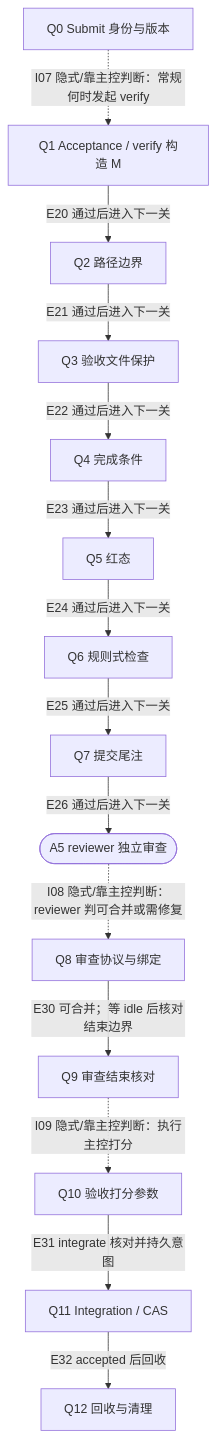
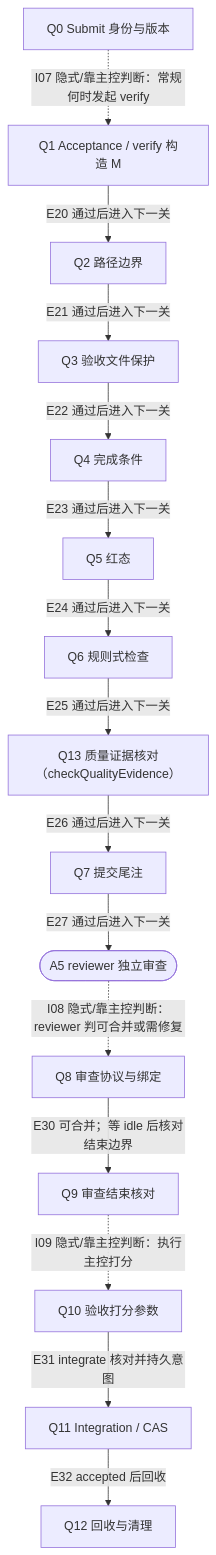
Before and after one commit to a1024053774/Enchanted: the second of 3 diagrams in findings/ticket-gates-graph-2026-10-16.zh-CN.md, drawn with Mermaid. The commit also changed other lines of this file and 10 other files, not shown here.

````diff
--- a/findings/ticket-gates-graph-2026-10-16.zh-CN.md
+++ b/findings/ticket-gates-graph-2026-10-16.zh-CN.md
@@ -71,30 +71,32 @@
 ```mermaid
 flowchart TD
   Q0["Q0 Submit 身份与版本"]
   Q1["Q1 Acceptance / verify 构造 M"]
   Q2["Q2 路径边界"]
   Q3["Q3 验收文件保护"]
   Q4["Q4 完成条件"]
   Q5["Q5 红态"]
   Q6["Q6 规则式检查"]
+  Q13["Q13 质量证据核对（checkQualityEvidence）"]
   Q7["Q7 提交尾注"]
   A5(["A5 reviewer 独立审查"])
   Q8["Q8 审查协议与绑定"]
   Q9["Q9 审查结束核对"]
   Q10["Q10 验收打分参数"]
   Q11["Q11 Integration / CAS"]
   Q12["Q12 回收与清理"]
   Q0 -.->|"I07 隐式/靠主控判断：常规何时发起 verify"| Q1
   Q1 -->|"E20 通过后进入下一关"| Q2
   Q2 -->|"E21 通过后进入下一关"| Q3
   Q3 -->|"E22 通过后进入下一关"| Q4
   Q4 -->|"E23 通过后进入下一关"| Q5
   Q5 -->|"E24 通过后进入下一关"| Q6
-  Q6 -->|"E25 通过后进入下一关"| Q7
-  Q7 -->|"E26 通过后进入下一关"| A5
+  Q6 -->|"E25 通过后进入下一关"| Q13
+  Q13 -->|"E26 通过后进入下一关"| Q7
+  Q7 -->|"E27 通过后进入下一关"| A5
   A5 -.->|"I08 隐式/靠主控判断：reviewer 判可合并或需修复"| Q8
   Q8 -->|"E30 可合并；等 idle 后核对结束边界"| Q9
   Q9 -.->|"I09 隐式/靠主控判断：执行主控打分"| Q10
   Q10 -->|"E31 integrate 核对并持久意图"| Q11
   Q11 -->|"E32 accepted 后回收"| Q12
 ```
````
